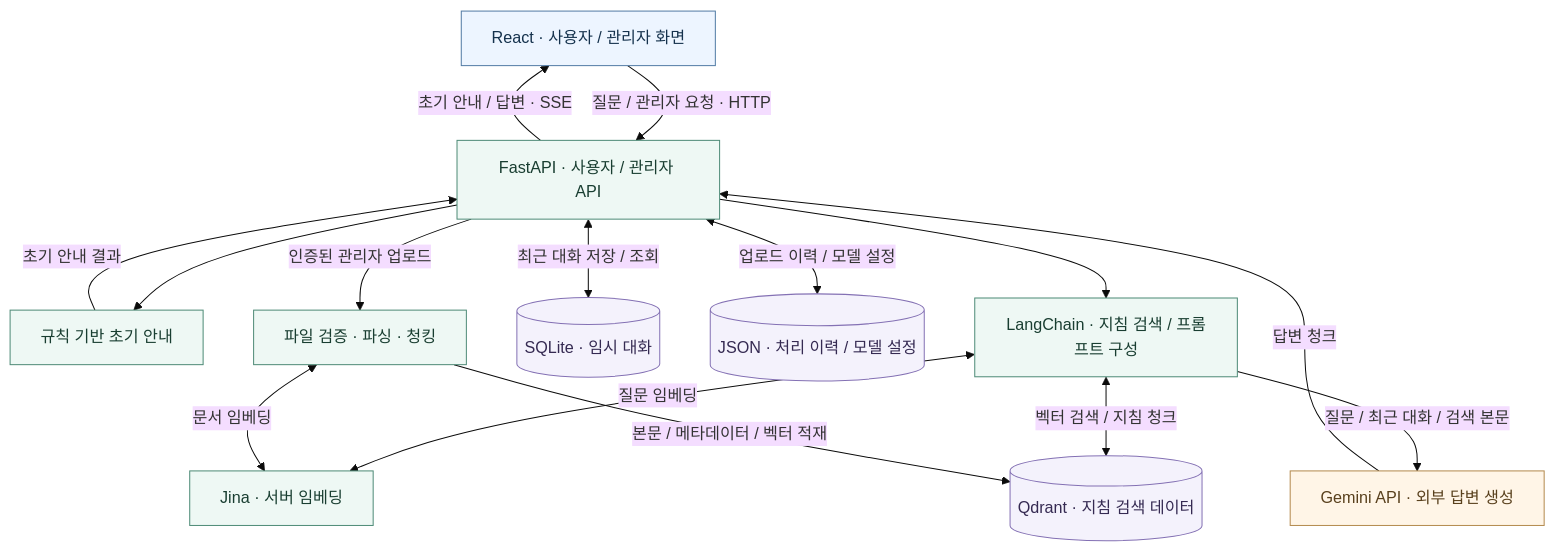
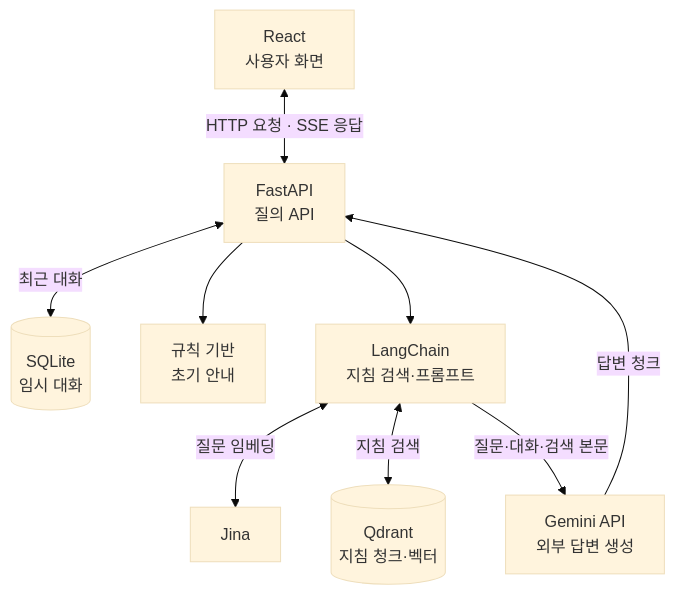
The first of 2 diagrams in profile/README.md (BootCampEW/.github), drawn with Mermaid (base theme) before and after one commit. The commit also changed other lines of this file, not shown here.

Commit message:
docs(profile): separate query architecture and upload flow for readability

````diff
--- a/profile/README.md
+++ b/profile/README.md
@@ -49,37 +51,11 @@
 ```mermaid
 flowchart TB
-    Web["React · 사용자 / 관리자 화면"]
-    API["FastAPI · 사용자 / 관리자 API"]
-    Rule["규칙 기반 초기 안내"]
-    RAG["LangChain · 지침 검색 / 프롬프트 구성"]
-    Jina["Jina · 서버 임베딩"]
-    Qdrant[("Qdrant · 지침 검색 데이터")]
-    Chat[("SQLite · 임시 대화")]
-    Files[("JSON · 처리 이력 / 모델 설정")]
-    Gemini["Gemini API · 외부 답변 생성"]
-    Ingest["파일 검증 · 파싱 · 청킹"]
-
-    Web -->|"질문 / 관리자 요청 · HTTP"| API
-    API -->|"초기 안내 / 답변 · SSE"| Web
-    API --> Rule
-    Rule -->|"초기 안내 결과"| API
-    API <-->|"최근 대화 저장 / 조회"| Chat
-    API <-->|"업로드 이력 / 모델 설정"| Files
-    API --> RAG
-    RAG <-->|"질문 임베딩"| Jina
-    RAG <-->|"벡터 검색 / 지침 청크"| Qdrant
-    RAG -->|"질문 / 최근 대화 / 검색 본문"| Gemini
+    Web["React<br/>사용자 화면"] <-->|"HTTP 요청 · SSE 응답"| API["FastAPI<br/>질의 API"]
+    API <-->|"최근 대화"| Chat[("SQLite<br/>임시 대화")]
+    API --> Rule["규칙 기반<br/>초기 안내"]
+    API --> RAG["LangChain<br/>지침 검색·프롬프트"]
+    RAG <-->|"질문 임베딩"| Jina["Jina"]
+    RAG <-->|"지침 검색"| Qdrant[("Qdrant<br/>지침 청크·벡터")]
+    RAG -->|"질문·대화·검색 본문"| Gemini["Gemini API<br/>외부 답변 생성"]
     Gemini -->|"답변 청크"| API
-    API -->|"인증된 관리자 업로드"| Ingest
-    Ingest <-->|"문서 임베딩"| Jina
-    Ingest -->|"본문 / 메타데이터 / 벡터 적재"| Qdrant
-
-    classDef screen fill:#edf5ff,stroke:#527ca5,color:#15324d
-    classDef service fill:#eef8f4,stroke:#4e8b77,color:#193e31
-    classDef storage fill:#f4f2fc,stroke:#8471b4,color:#352a52
-    classDef external fill:#fff5e7,stroke:#b48a4e,color:#59401d
-    class Web screen
-    class API,Rule,RAG,Jina,Ingest service
-    class Qdrant,Chat,Files storage
-    class Gemini external
 ```
````
